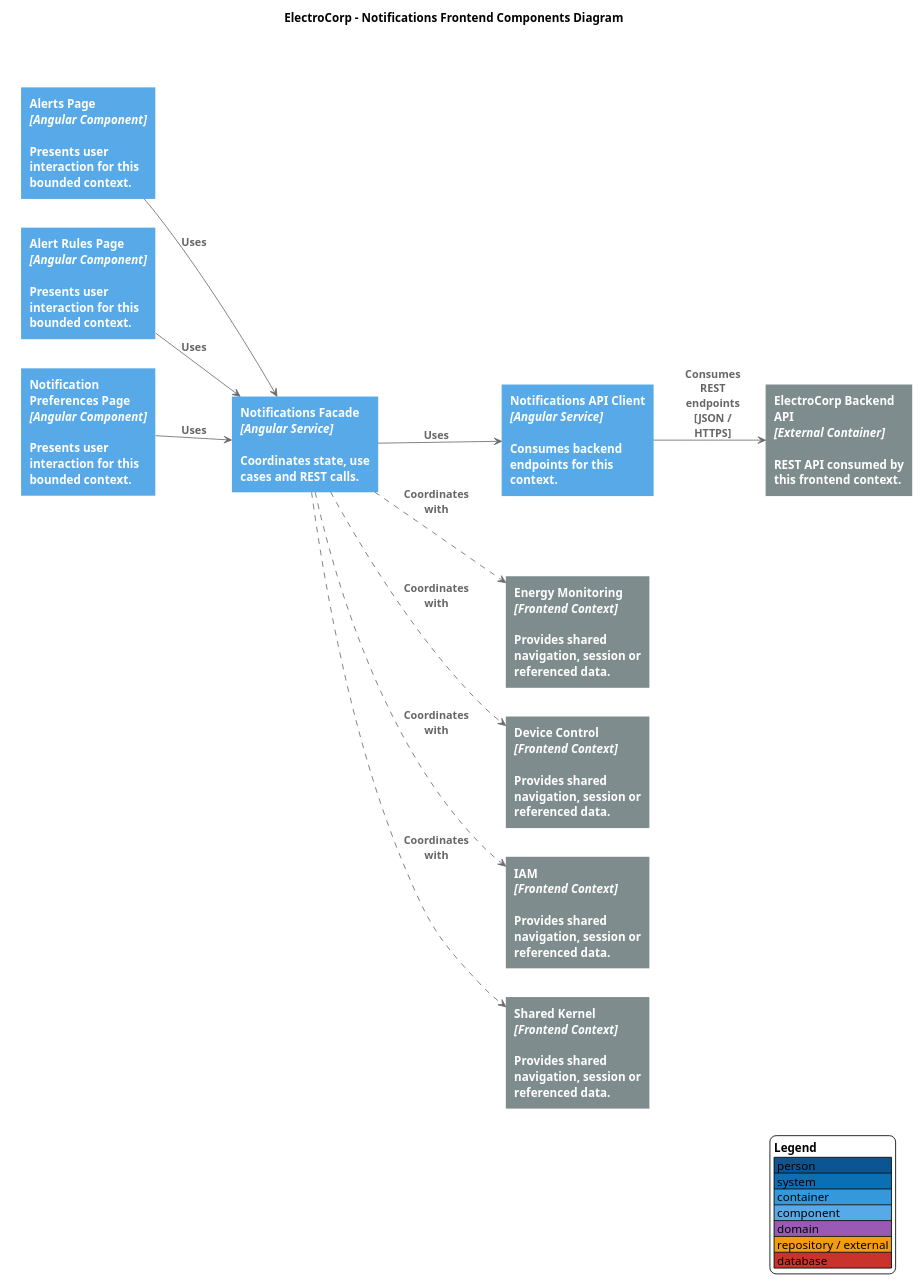
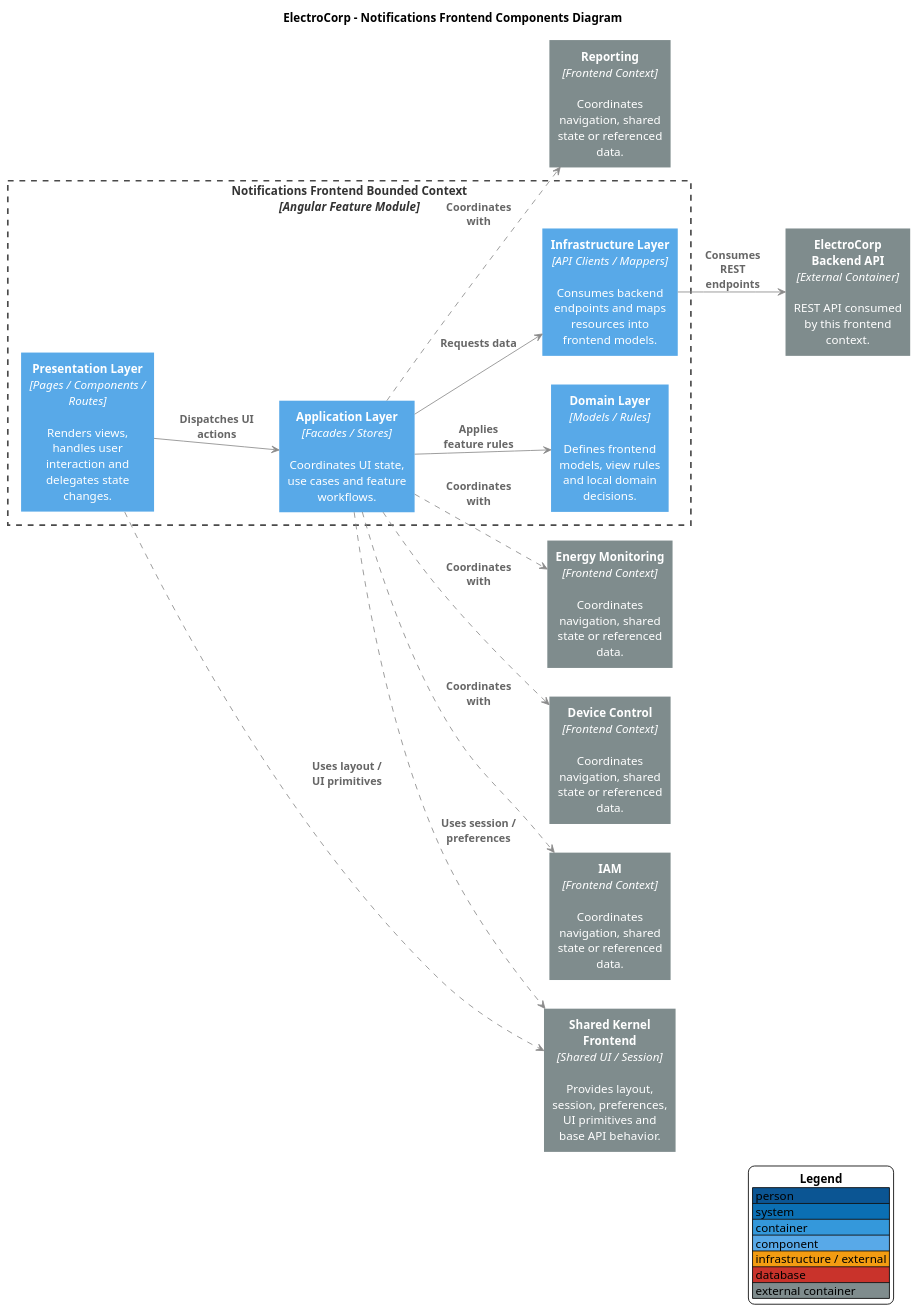
One commit to upc-pre-202610-1asi0729-11896-ecorp/electrocorp-report changed the diagram in docs/diagrams/components/frontend/bounded-contexts/notifications-frontend-components.puml. Above: the diagram before and after it, drawn with PlantUML. The commit also changed 29 other files, not shown here.

Commit message:
docs(c4): reorganize component diagrams by context and layers

```diff
--- a/docs/diagrams/components/frontend/bounded-contexts/notifications-frontend-components.puml
+++ b/docs/diagrams/components/frontend/bounded-contexts/notifications-frontend-components.puml
@@ -1,59 +1,76 @@
 @startuml
 skinparam backgroundColor #FFFFFF
 skinparam shadowing false
 skinparam defaultFontName Arial
-skinparam wrapWidth 170
-skinparam maxMessageSize 90
-skinparam ArrowColor #6B6B6B
+skinparam defaultTextAlignment center
+skinparam wrapWidth 145
+skinparam maxMessageSize 95
+skinparam ArrowColor #8A8A8A
 skinparam ArrowFontColor #666666
 skinparam ArrowFontStyle bold
+skinparam ArrowThickness 1
 skinparam rectangleRoundCorner 0
 skinparam rectangleBorderThickness 0
 skinparam rectangleFontColor #FFFFFF
-skinparam rectangleFontStyle bold
-skinparam packageStyle rectangle
-skinparam packageBorderColor #555555
-skinparam packageBackgroundColor transparent
-skinparam packageFontColor #444444
-skinparam packageFontStyle bold
+skinparam rectangleFontStyle plain
+skinparam rectangle {
+  BorderThickness 0
+}
+skinparam rectangle<<BoundedContext>> {
+  BackgroundColor transparent
+  BorderColor #4A4A4A
+  BorderThickness 2
+  BorderStyle dashed
+  FontColor #333333
+  FontStyle bold
+}
 skinparam databaseBackgroundColor #C9332B
 skinparam databaseBorderColor #C9332B
 skinparam databaseFontColor #FFFFFF
+skinparam databaseFontStyle plain
 hide stereotype
-title ElectroCorp - Notifications Frontend Components Diagram
 left to right direction
 
-package "Notifications Frontend Bounded Context\n[container]" {
-  rectangle "<b>Alerts Page</b>\n<i>[Angular Component]</i>\n\nPresents user interaction for this bounded context." as P0 #58A9E8
-  rectangle "<b>Alert Rules Page</b>\n<i>[Angular Component]</i>\n\nPresents user interaction for this bounded context." as P1 #58A9E8
-  rectangle "<b>Notification Preferences Page</b>\n<i>[Angular Component]</i>\n\nPresents user interaction for this bounded context." as P2 #58A9E8
-  rectangle "<b>Notifications Facade</b>\n<i>[Angular Service]</i>\n\nCoordinates state, use cases and REST calls." as Facade #58A9E8
-  rectangle "<b>Notifications API Client</b>\n<i>[Angular Service]</i>\n\nConsumes backend endpoints for this context." as Client #58A9E8
+title ElectroCorp - Notifications Frontend Components Diagram
+
+rectangle "<b>Notifications Frontend Bounded Context</b>\n<i>[Angular Feature Module]</i>" as Boundary <<BoundedContext>> {
+  rectangle "<b>Presentation Layer</b>\n<i>[Pages / Components / Routes]</i>\n\nRenders views, handles user interaction and delegates state changes." as Presentation #58A9E8
+  rectangle "<b>Application Layer</b>\n<i>[Facades / Stores]</i>\n\nCoordinates UI state, use cases and feature workflows." as Application #58A9E8
+  rectangle "<b>Domain Layer</b>\n<i>[Models / Rules]</i>\n\nDefines frontend models, view rules and local domain decisions." as Domain #58A9E8
+  rectangle "<b>Infrastructure Layer</b>\n<i>[API Clients / Mappers]</i>\n\nConsumes backend endpoints and maps resources into frontend models." as Infrastructure #58A9E8
 }
+
 rectangle "<b>ElectroCorp Backend API</b>\n<i>[External Container]</i>\n\nREST API consumed by this frontend context." as Backend #7F8C8D
-package "Connected Frontend Contexts\n[external containers]" {
-  rectangle "<b>Energy Monitoring</b>\n<i>[Frontend Context]</i>\n\nProvides shared navigation, session or referenced data." as Dep0 #7F8C8D
-  rectangle "<b>Device Control</b>\n<i>[Frontend Context]</i>\n\nProvides shared navigation, session or referenced data." as Dep1 #7F8C8D
-  rectangle "<b>IAM</b>\n<i>[Frontend Context]</i>\n\nProvides shared navigation, session or referenced data." as Dep2 #7F8C8D
-  rectangle "<b>Shared Kernel</b>\n<i>[Frontend Context]</i>\n\nProvides shared navigation, session or referenced data." as Dep3 #7F8C8D
-}
-P0 --> Facade : Uses
-P1 --> Facade : Uses
-P2 --> Facade : Uses
-Facade --> Client : Uses
-Client --> Backend : Consumes REST endpoints\n[JSON / HTTPS]
-Facade ..> Dep0 : Coordinates with
-Facade ..> Dep1 : Coordinates with
-Facade ..> Dep2 : Coordinates with
-Facade ..> Dep3 : Coordinates with
+rectangle "<b>Shared Kernel Frontend</b>\n<i>[Shared UI / Session]</i>\n\nProvides layout, session, preferences, UI primitives and base API behavior." as Shared #7F8C8D
+rectangle "<b>Energy Monitoring</b>\n<i>[Frontend Context]</i>\n\nCoordinates navigation, shared state or referenced data." as Dep0 #7F8C8D
+rectangle "<b>Device Control</b>\n<i>[Frontend Context]</i>\n\nCoordinates navigation, shared state or referenced data." as Dep1 #7F8C8D
+rectangle "<b>IAM</b>\n<i>[Frontend Context]</i>\n\nCoordinates navigation, shared state or referenced data." as Dep2 #7F8C8D
+rectangle "<b>Reporting</b>\n<i>[Frontend Context]</i>\n\nCoordinates navigation, shared state or referenced data." as Dep3 #7F8C8D
+
+Presentation --> Application : Dispatches UI actions
+Application --> Domain : Applies feature rules
+Application --> Infrastructure : Requests data
+Infrastructure --> Backend : Consumes REST endpoints
+Presentation ..> Shared : Uses layout / UI primitives
+Application ..> Shared : Uses session / preferences
+Application ..> Dep0 : Coordinates with
+Application ..> Dep1 : Coordinates with
+Application ..> Dep2 : Coordinates with
+Application ..> Dep3 : Coordinates with
+
+Presentation -[hidden]right- Application
+Application -[hidden]right- Domain
+Domain -[hidden]right- Infrastructure
+
 legend right
   <b>Legend</b>
   |<#0B5593> person |
   |<#0B6FB3> system |
   |<#3498DB> container |
   |<#58A9E8> component |
-  |<#9B59B6> domain |
-  |<#F39C12> repository / external |
+  |<#F39C12> infrastructure / external |
   |<#C9332B> database |
+  |<#7F8C8D> external container |
 endlegend
+
 @enduml
```
